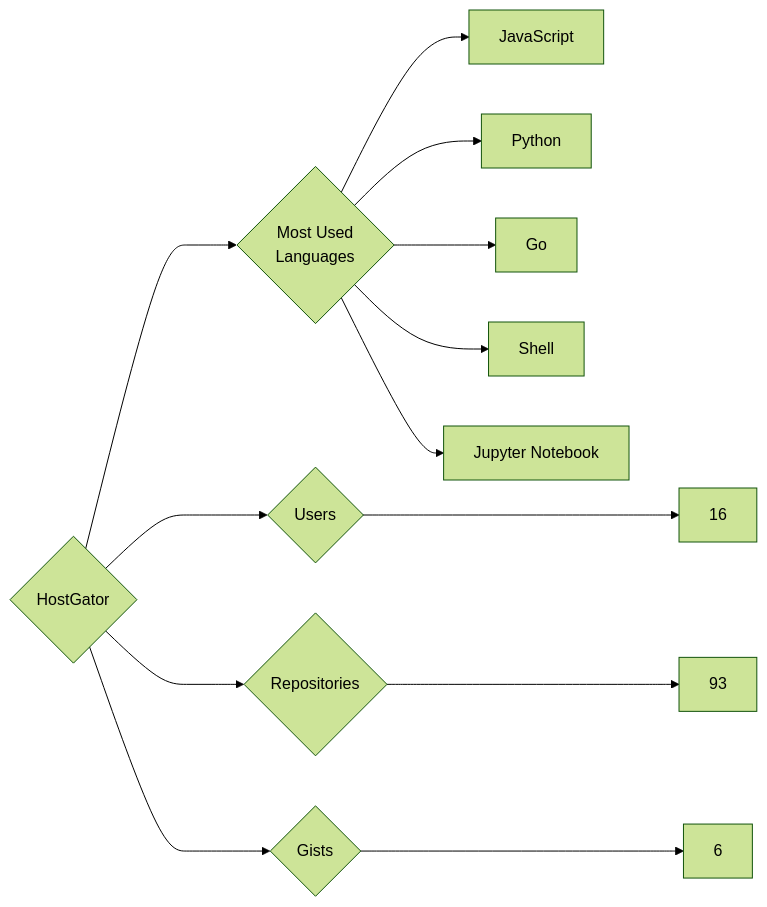
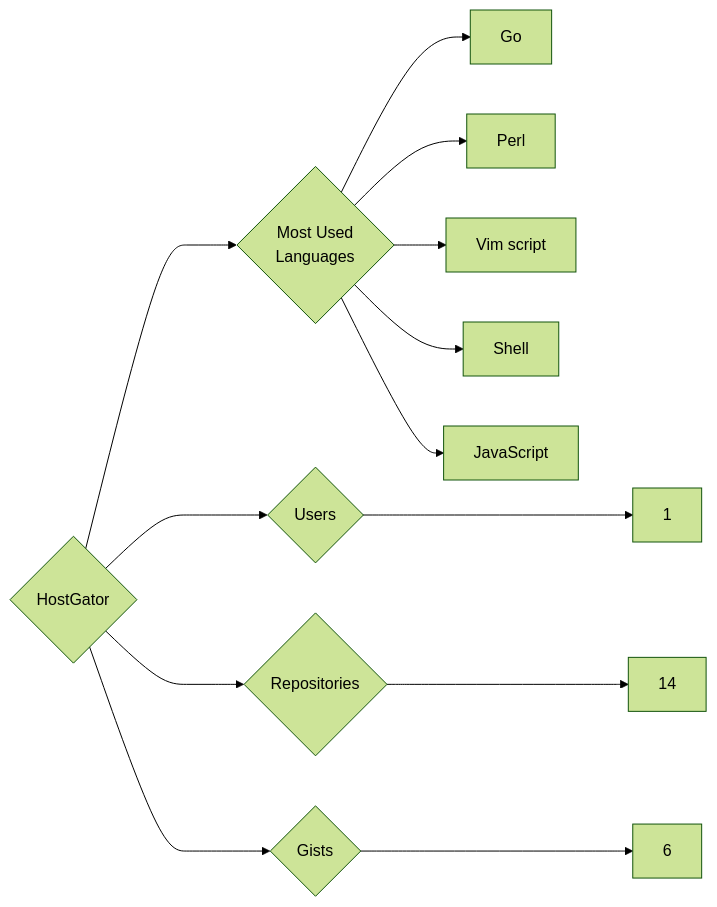
The diagram in targets/HostGator/README.md (trickest/insiders), drawn with Mermaid (forest theme) before and after one commit. The commit also changed 888 other files, not shown here.

````diff
--- a/targets/HostGator/README.md
+++ b/targets/HostGator/README.md
@@ -3,13 +3,13 @@
 ```mermaid
 graph LR
 COMPANY_NAME{HostGator}
-COMPANY_NAME ---> U{Users} ---> UN[16]
-COMPANY_NAME ---> R{Repositories} ---> RN[93]
+COMPANY_NAME ---> U{Users} ---> UN[1]
+COMPANY_NAME ---> R{Repositories} ---> RN[14]
 COMPANY_NAME ---> G{Gists} ---> GN[6]
 COMPANY_NAME ---> ML{Most Used<br>Languages}
+ML --> Go[Go]
+ML --> Perl[Perl]
+ML --> Vim_script[Vim script]
+ML --> Shell[Shell]
 ML --> JavaScript[JavaScript]
-ML --> Python[Python]
-ML --> Go[Go]
-ML --> Shell[Shell]
-ML --> Jupyter_Notebook[Jupyter Notebook]
 ```
````
